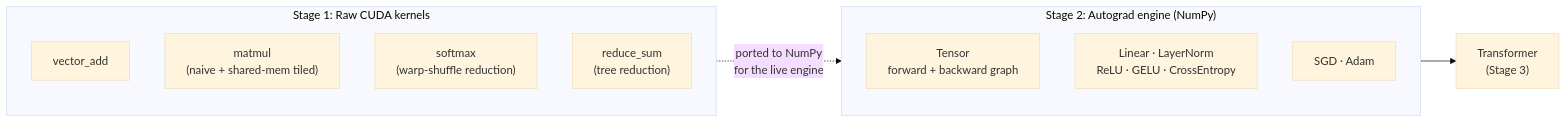
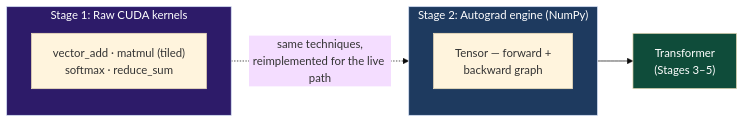
One commit to Nwachukwu1300/cudatransformer changed the third of 3 diagrams in README.md. Above: the diagram before and after it, drawn with Mermaid (base theme). The commit also changed other lines of this file, not shown here.

````diff
--- a/README.md
+++ b/README.md
@@ -72,18 +154,17 @@
 ```mermaid
 flowchart LR
     subgraph s1["Stage 1: Raw CUDA kernels"]
-        k1["vector_add"]
-        k2["matmul<br/>(naive + shared-mem tiled)"]
-        k3["softmax<br/>(warp-shuffle reduction)"]
-        k4["reduce_sum<br/>(tree reduction)"]
+        k["vector_add · matmul (tiled)<br/>softmax · reduce_sum"]
     end
 
     subgraph s2["Stage 2: Autograd engine (NumPy)"]
-        tensor["Tensor<br/>forward + backward graph"]
-        layers["Linear · LayerNorm<br/>ReLU · GELU · CrossEntropy"]
-        opt["SGD · Adam"]
+        tensor["Tensor — forward +<br/>backward graph"]
     end
 
-    s1 -.->|"ported to NumPy<br/>for the live engine"| s2
-    s2 --> model["Transformer<br/>(Stage 3)"]
+    s1 -.->|"same techniques,<br/>reimplemented for the live path"| s2
+    s2 --> model["Transformer<br/>(Stages 3–5)"]
+
+    style s1 fill:#2d1b69,color:#fff
+    style s2 fill:#1e3a5f,color:#fff
+    style model fill:#0f4c3a,color:#fff
 ```
````
